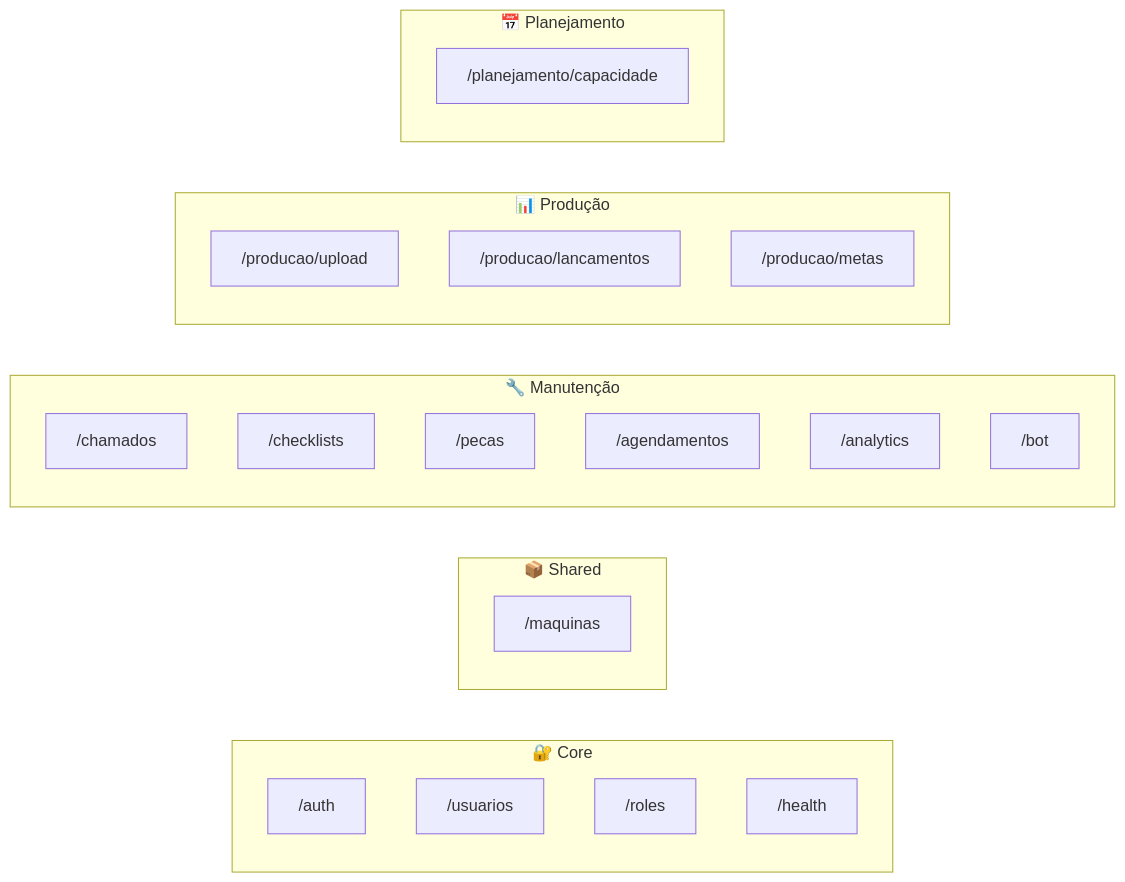
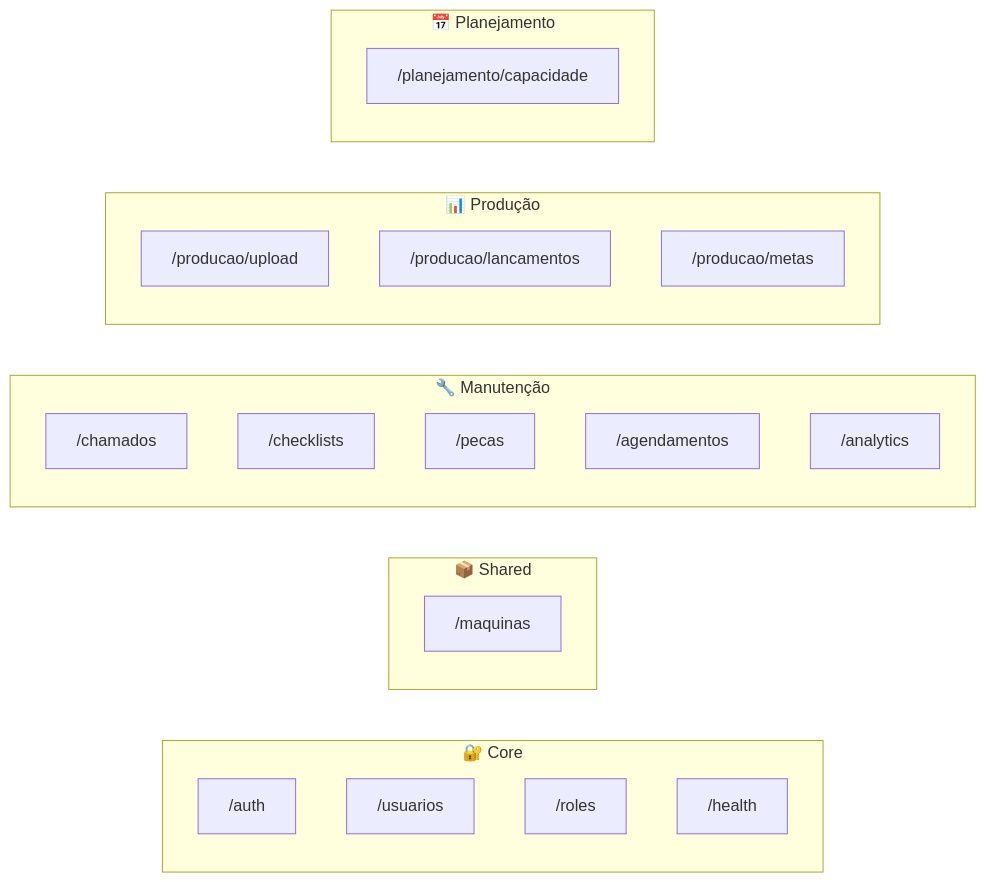
Before and after one commit to ci-palazini/SpiraView: the second of 3 diagrams in docs/ARCHITECTURE.md, drawn with Mermaid. The commit also changed 6 other files, not shown here.

````diff
--- a/docs/ARCHITECTURE.md
+++ b/docs/ARCHITECTURE.md
@@ -82,32 +82,31 @@
 ```mermaid
 flowchart LR
     subgraph Core["🔐 Core"]
         auth["/auth"]
         usuarios["/usuarios"]
         roles["/roles"]
         health["/health"]
     end
     
     subgraph Shared["📦 Shared"]
         maquinas["/maquinas"]
     end
     
     subgraph Manutencao["🔧 Manutenção"]
         chamados["/chamados"]
         checklists["/checklists"]
         pecas["/pecas"]
         agendamentos["/agendamentos"]
         analytics["/analytics"]
-        bot["/bot"]
     end
     
     subgraph Producao["📊 Produção"]
         upload["/producao/upload"]
         lancamentos["/producao/lancamentos"]
         metas["/producao/metas"]
     end
     
     subgraph Planejamento["📅 Planejamento"]
         capacidade["/planejamento/capacidade"]
     end
 ```
````
